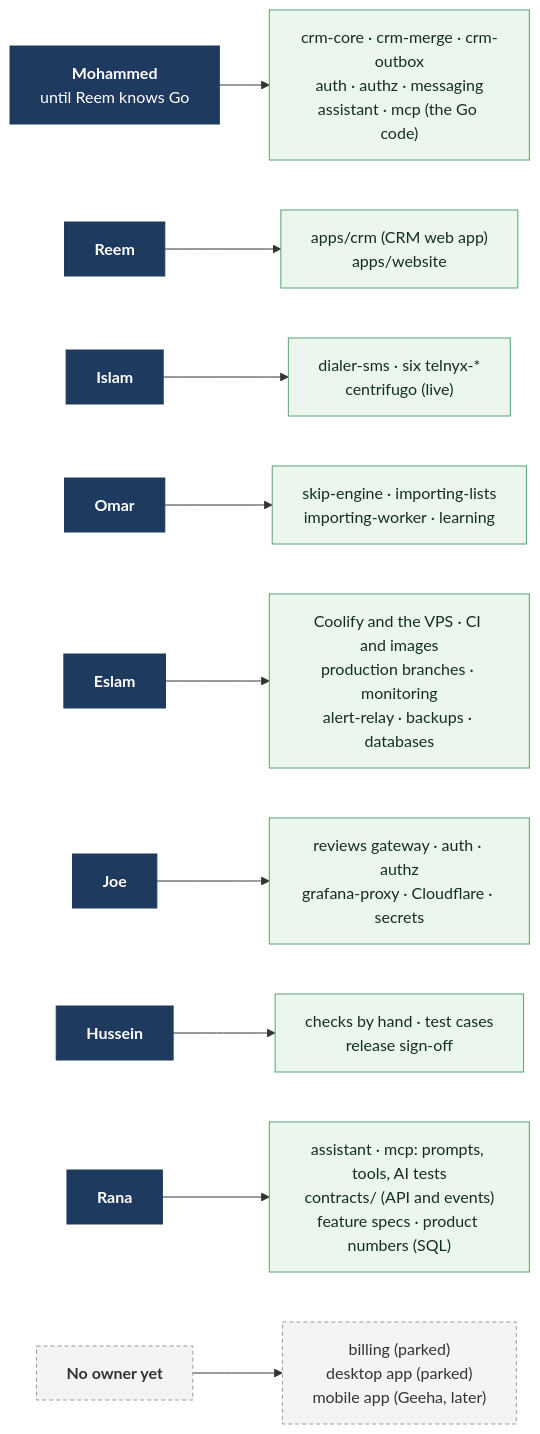
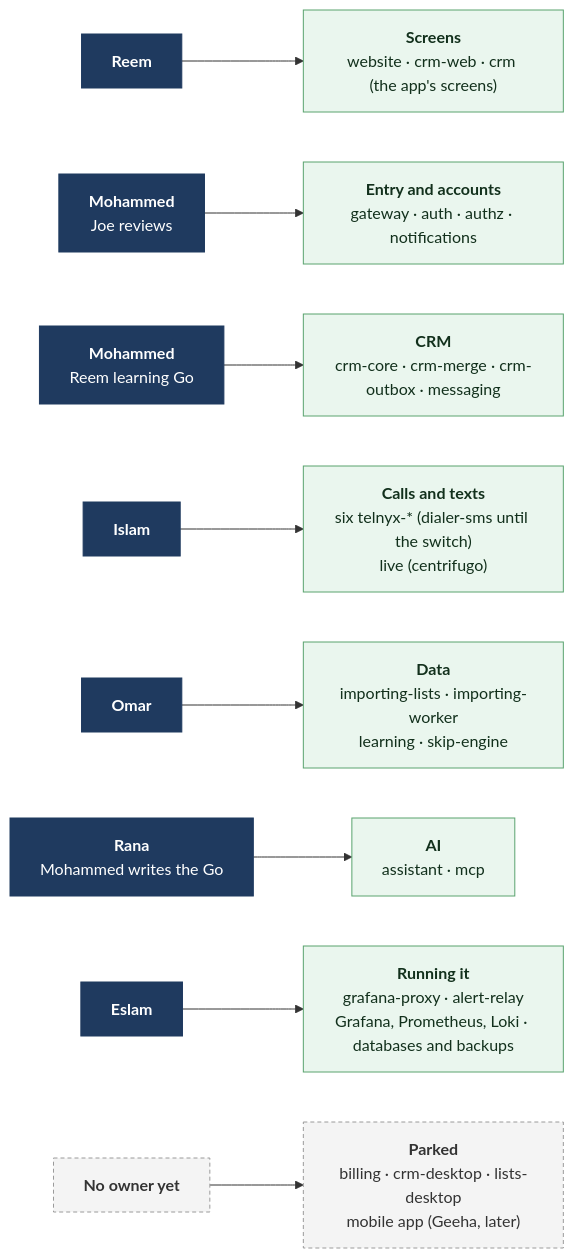
Before and after one commit to Mohammed-HeshamMohammed/Turf: the third of 4 diagrams in docs/team/README.md, drawn with Mermaid. The commit also changed other lines of this file, not shown here.

First line of the commit message:
Team: diagrams that match the tables

````diff
--- a/docs/team/README.md
+++ b/docs/team/README.md
@@ -112,19 +116,18 @@
 ```mermaid
 flowchart LR
-    MO["<b>Mohammed</b><br/>until Reem knows Go"] --> G1["crm-core · crm-merge · crm-outbox<br/>auth · authz · messaging<br/>assistant · mcp (the Go code)"]
-    RE["<b>Reem</b>"] --> G2["apps/crm (CRM web app)<br/>apps/website"]
-    IS["<b>Islam</b>"] --> G3["dialer-sms · six telnyx-*<br/>centrifugo (live)"]
-    OM["<b>Omar</b>"] --> G4["skip-engine · importing-lists<br/>importing-worker · learning"]
-    ES["<b>Eslam</b>"] --> G5["Coolify and the VPS · CI and images<br/>production branches · monitoring<br/>alert-relay · backups · databases"]
-    JO["<b>Joe</b>"] --> G6["reviews gateway · auth · authz<br/>grafana-proxy · Cloudflare · secrets"]
-    HU["<b>Hussein</b>"] --> G7["checks by hand · test cases<br/>release sign-off"]
-    RA["<b>Rana</b>"] --> G9["assistant · mcp: prompts, tools, AI tests<br/>contracts/ (API and events)<br/>feature specs · product numbers (SQL)"]
-    NO["<b>No owner yet</b>"] --> G8["billing (parked)<br/>desktop app (parked)<br/>mobile app (Geeha, later)"]
+    O1["<b>Reem</b>"] --> A1["<b>Screens</b><br/>website · crm-web · crm (the app's screens)"]
+    O2["<b>Mohammed</b><br/>Joe reviews"] --> A2["<b>Entry and accounts</b><br/>gateway · auth · authz · notifications"]
+    O3["<b>Mohammed</b><br/>Reem learning Go"] --> A3["<b>CRM</b><br/>crm-core · crm-merge · crm-outbox · messaging"]
+    O4["<b>Islam</b>"] --> A4["<b>Calls and texts</b><br/>six telnyx-* (dialer-sms until the switch)<br/>live (centrifugo)"]
+    O5["<b>Omar</b>"] --> A5["<b>Data</b><br/>importing-lists · importing-worker<br/>learning · skip-engine"]
+    O6["<b>Rana</b><br/>Mohammed writes the Go"] --> A6["<b>AI</b><br/>assistant · mcp"]
+    O7["<b>Eslam</b>"] --> A7["<b>Running it</b><br/>grafana-proxy · alert-relay<br/>Grafana, Prometheus, Loki · databases and backups"]
+    O8["<b>No owner yet</b>"] --> A8["<b>Parked</b><br/>billing · crm-desktop · lists-desktop<br/>mobile app (Geeha, later)"]
 
     classDef person fill:#1f3a5f,stroke:#1f3a5f,color:#ffffff
-    classDef owned fill:#eaf6ee,stroke:#5aa36f,color:#12301c
+    classDef area fill:#eaf6ee,stroke:#5aa36f,color:#12301c
     classDef none fill:#f4f4f4,stroke:#9a9a9a,color:#333333,stroke-dasharray:4 3
-    class MO,RE,IS,OM,ES,JO,HU,RA person
-    class G1,G2,G3,G4,G5,G6,G7,G9 owned
-    class NO,G8 none
+    class O1,O2,O3,O4,O5,O6,O7 person
+    class A1,A2,A3,A4,A5,A6,A7 area
+    class O8,A8 none
 ```
````
